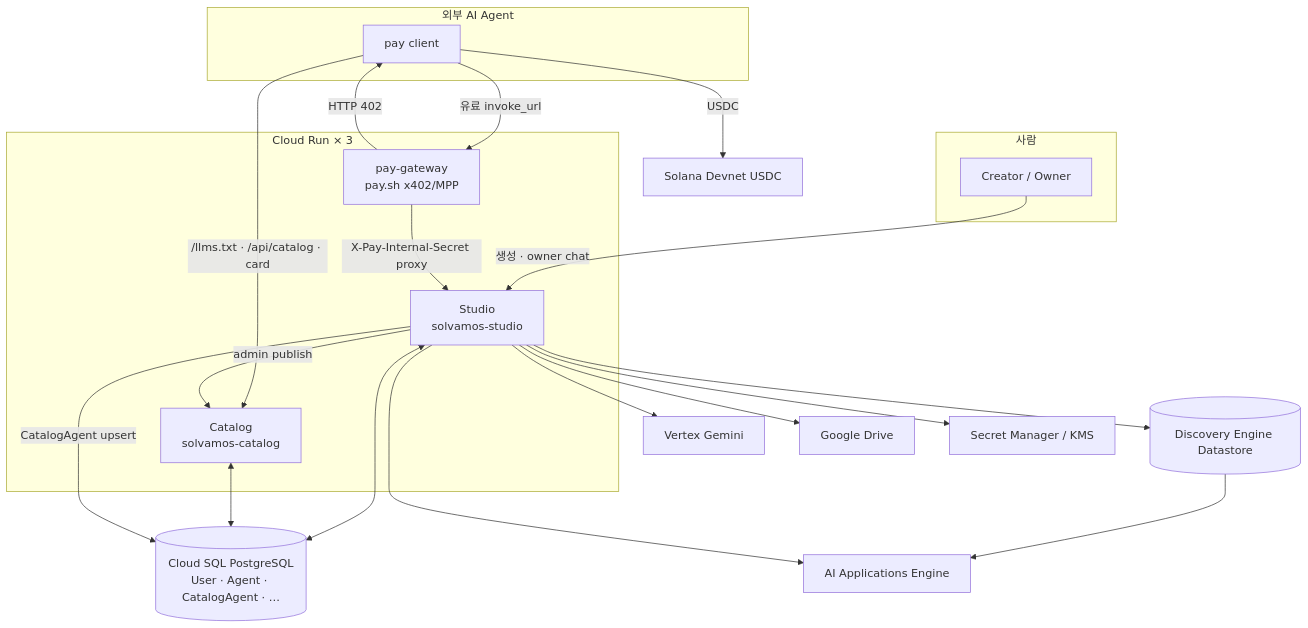
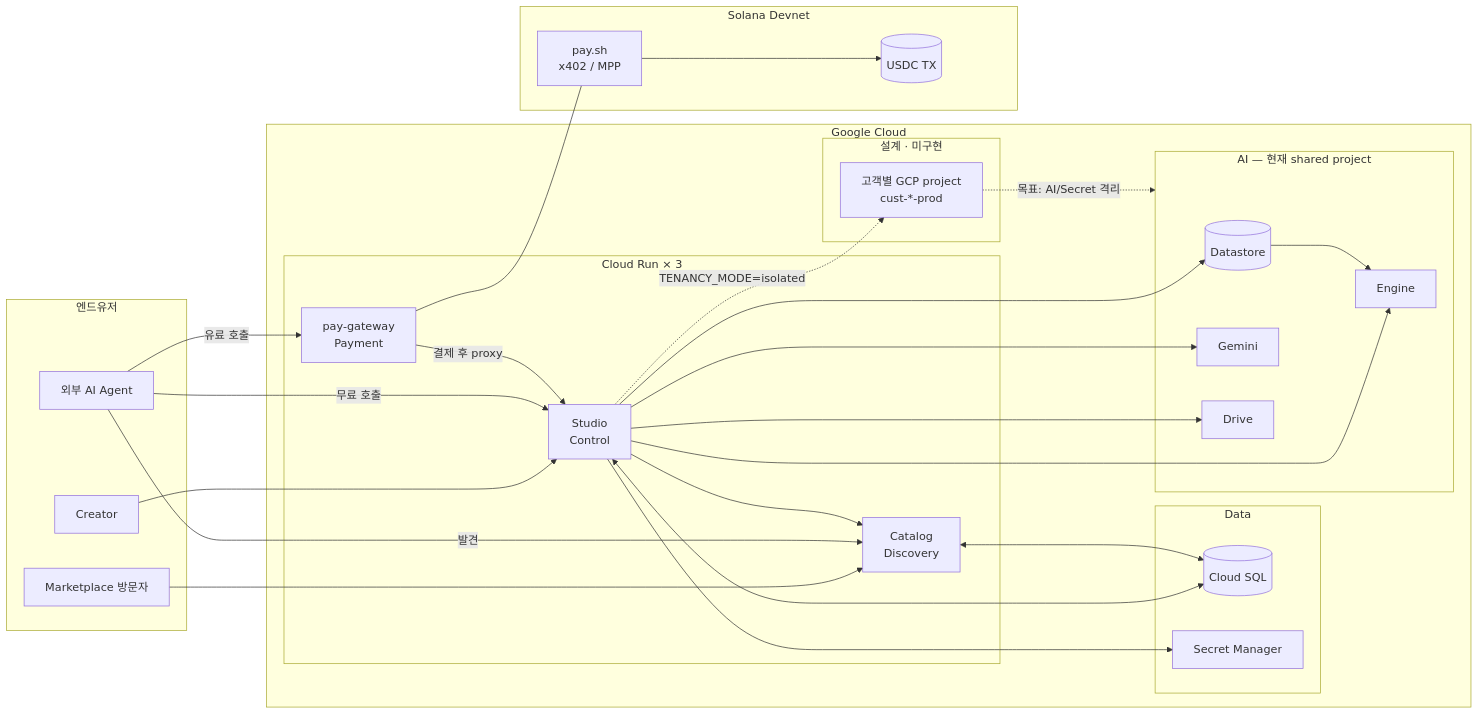
Before and after one commit to minvamos/solvamos-studio: the first of 2 diagrams in README.md, drawn with Mermaid. The commit also changed other lines of this file and 2 other files, not shown here.

First line of the commit message:
docs(architecture): add slide-ready flow diagrams and clarify GCP planes

````diff
--- a/README.md
+++ b/README.md
@@ -50,42 +62,60 @@
 ```mermaid
-flowchart TB
-  subgraph People [사람]
-    Creator[Creator / Owner]
+flowchart LR
+  subgraph Users [엔드유저]
+    C[Creator]
+    B[Marketplace 방문자]
+    A[외부 AI Agent]
   end
 
-  subgraph Agents [외부 AI Agent]
-    Buyer[pay client]
+  subgraph GCP [Google Cloud]
+    subgraph Planes [Cloud Run × 3]
+      S[Studio<br/>Control]
+      Cat[Catalog<br/>Discovery]
+      G[pay-gateway<br/>Payment]
+    end
+
+    subgraph Data [Data]
+      DB[(Cloud SQL)]
+      SM[Secret Manager]
+    end
+
+    subgraph AI [AI — 현재 shared project]
+      DS[(Datastore)]
+      Eng[Engine]
+      Gem[Gemini]
+      Dr[Drive]
+    end
+
+    subgraph Goal [설계 · 미구현]
+      TProj[고객별 GCP project<br/>cust-*-prod]
+    end
   end
 
-  subgraph Run [Cloud Run × 3]
-    Studio[Studio<br/>solvamos-studio]
-    Catalog[Catalog<br/>solvamos-catalog]
-    Gateway[pay-gateway<br/>pay.sh x402/MPP]
+  subgraph Chain [Solana Devnet]
+    Pay[pay.sh<br/>x402 / MPP]
+    USDC[(USDC TX)]
   end
 
-  DB[(Cloud SQL PostgreSQL<br/>User · Agent · CatalogAgent · …)]
-  DS[(Discovery Engine Datastore)]
-  Engine[AI Applications Engine]
-  Gemini[Vertex Gemini]
-  Drive[Google Drive]
-  SM[Secret Manager / KMS]
-  SOL[Solana Devnet USDC]
+  C --> S
+  B --> Cat
+  A -->|발견| Cat
+  A -->|유료 호출| G
+  A -->|무료 호출| S
 
-  Creator -->|생성 · owner chat| Studio
-  Buyer -->|/llms.txt · /api/catalog · card| Catalog
-  Buyer -->|유료 invoke_url| Gateway
-  Gateway -->|HTTP 402| Buyer
-  Buyer -->|USDC| SOL
-  Gateway -->|X-Pay-Internal-Secret proxy| Studio
+  G --- Pay
+  Pay --> USDC
+  G -->|결제 후 proxy| S
 
-  Studio <--> DB
-  Catalog <--> DB
-  Studio -->|CatalogAgent upsert| DB
-  Studio -->|admin publish| Catalog
-  Studio --> Drive
-  Studio --> DS
-  DS --> Engine
-  Studio --> Engine
-  Studio --> Gemini
-  Studio --> SM
+  S <--> DB
+  Cat <--> DB
+  S --> Cat
+  S --> SM
+  S --> DS
+  S --> Eng
+  S --> Gem
+  S --> Dr
+  DS --> Eng
+
+  S -.->|TENANCY_MODE=isolated| TProj
+  TProj -.->|목표: AI/Secret 격리| AI
 ```
````
